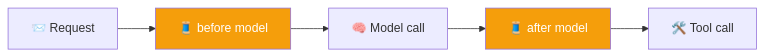
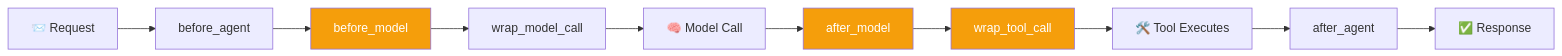
The diagram in classes_summary/11 - 01 Aug - Agents, Middleware & Memory.md (shiqs90/agent3.0-mcp-live-2026), drawn with Mermaid before and after one commit. The commit also changed other lines of this file and 19 other files, not shown here.

````diff
--- a/classes_summary/11 - 01 Aug - Agents, Middleware & Memory.md
+++ b/classes_summary/11 - 01 Aug - Agents, Middleware & Memory.md
@@ -24,10 +47,10 @@
 ```mermaid
 flowchart LR
-    A["📨 Request"] --> M1["🧵 before model"]
-    M1 --> B["🧠 Model call"]
-    B --> M2["🧵 after model"]
-    M2 --> C["🛠️ Tool call"]
+    A["📨 Request"] --> M1["before_agent"] --> M2["before_model"] --> M3["wrap_model_call"]
+    M3 --> B["🧠 Model Call"] --> M4["after_model"] --> M5["wrap_tool_call"] --> C["🛠️ Tool Executes"]
+    C --> M6["after_agent"] --> D["✅ Response"]
 
-    style M1 fill:#f59e0b,color:#fff
     style M2 fill:#f59e0b,color:#fff
+    style M4 fill:#f59e0b,color:#fff
+    style M5 fill:#f59e0b,color:#fff
 ```
````
